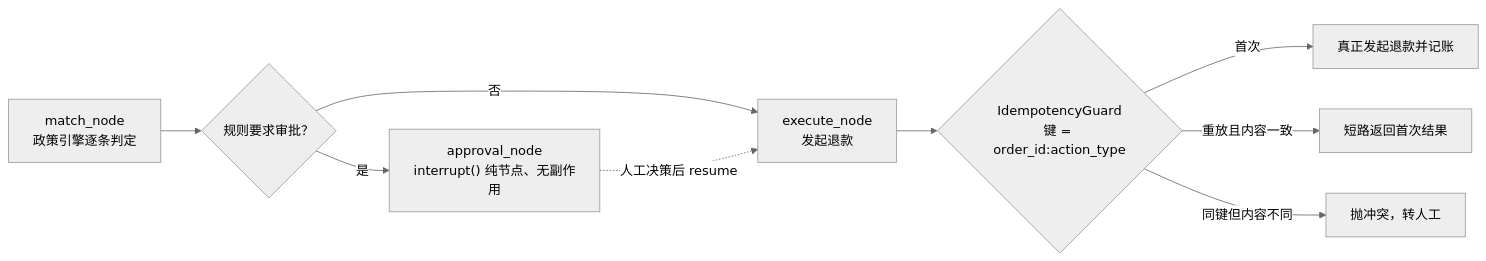
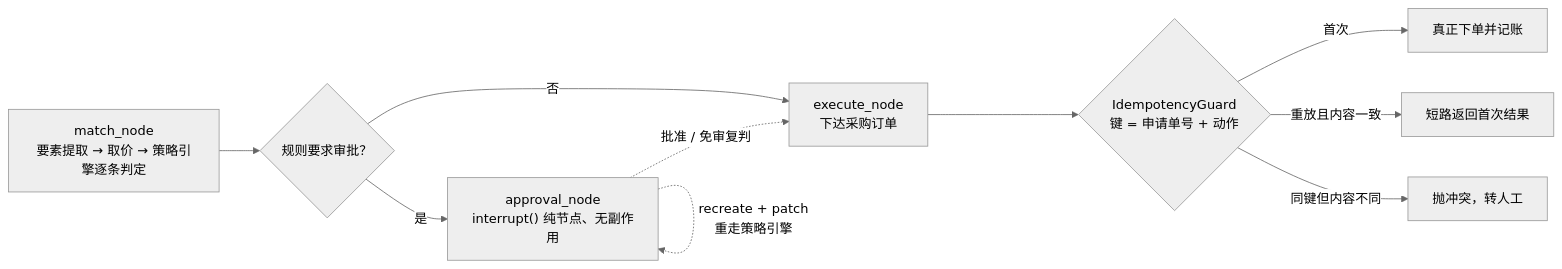
One commit to pengqiwen72/- changed the second of 3 diagrams in scm-agent/README.md. Above: the diagram before and after it, drawn with Mermaid (neutral theme). The commit also changed other lines of this file and 75 other files, not shown here.

````diff
--- a/scm-agent/README.md
+++ b/scm-agent/README.md
@@ -125,11 +135,12 @@
 ```mermaid
 flowchart LR
-    M["match_node<br/>政策引擎逐条判定"] --> GATE{"规则要求审批？"}
-    GATE -- 否 --> EXE["execute_node<br/>发起退款"]
+    M["match_node<br/>要素提取 → 取价 → 策略引擎逐条判定"] --> GATE{"规则要求审批？"}
+    GATE -- 否 --> EXE["execute_node<br/>下达采购订单"]
     GATE -- 是 --> AP["approval_node<br/>interrupt() 纯节点、无副作用"]
-    AP -. 人工决策后 resume .-> EXE
-    EXE --> GUARD{"IdempotencyGuard<br/>键 = order_id:action_type"}
-    GUARD -- 首次 --> REAL[真正发起退款并记账]
+    AP -. recreate + patch<br/>重走策略引擎 .-> AP
+    AP -. 批准 / 免审复判 .-> EXE
+    EXE --> GUARD{"IdempotencyGuard<br/>键 = 申请单号 + 动作"}
+    GUARD -- 首次 --> REAL[真正下单并记账]
     GUARD -- 重放且内容一致 --> SHORT[短路返回首次结果]
     GUARD -- 同键但内容不同 --> CONFLICT[抛冲突，转人工]
 ```
````
